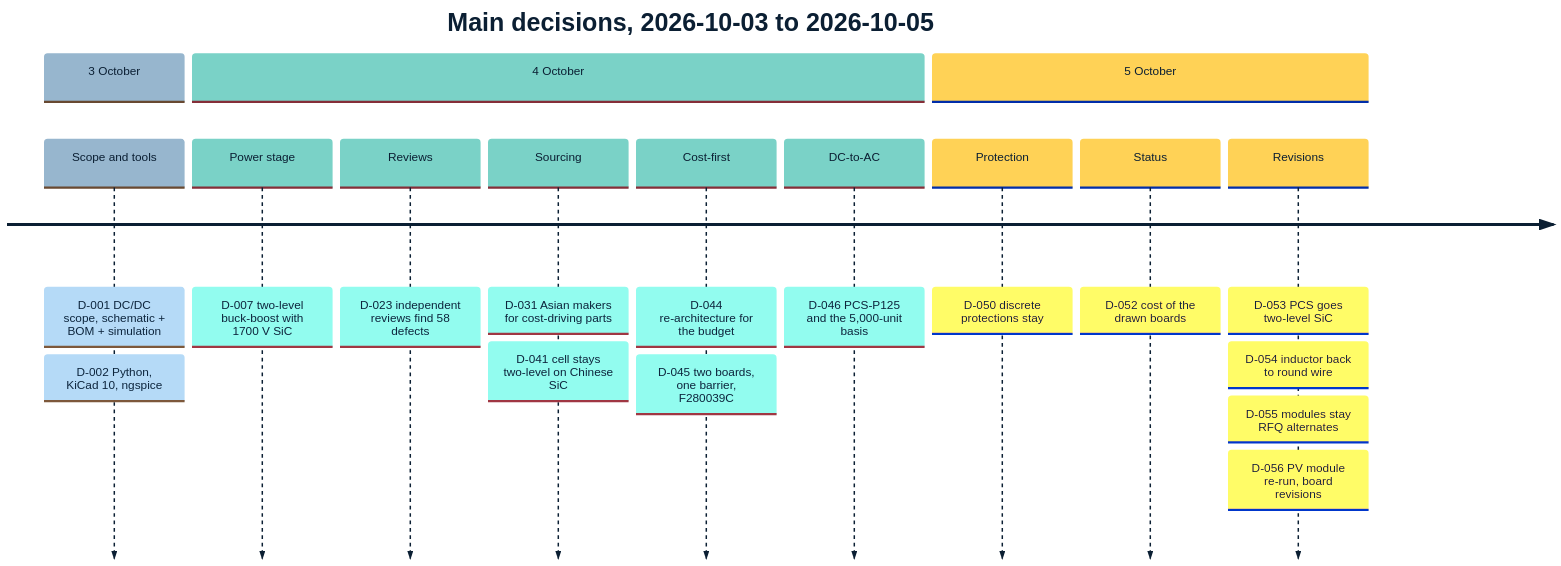
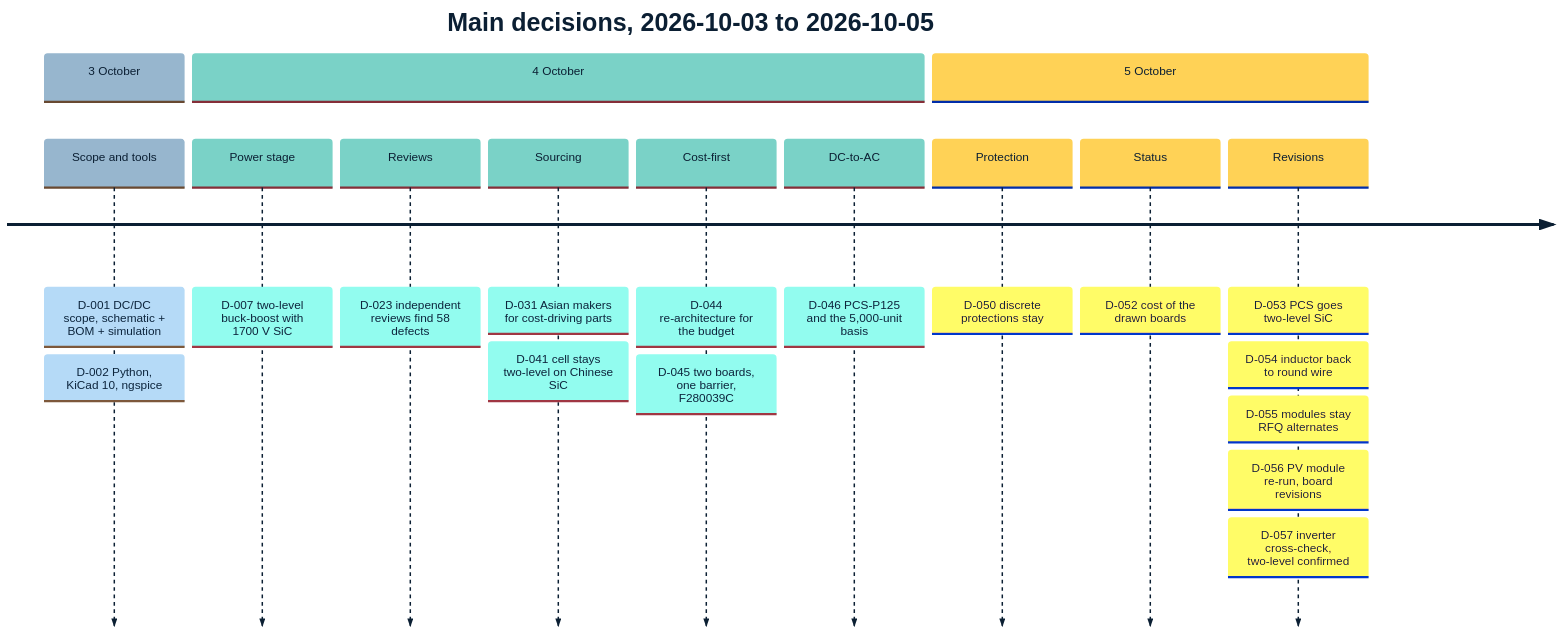
Before and after one commit to vectivolt/PCM: the second of 2 diagrams in docs/guide/01-overview.md, drawn with Mermaid. The commit also changed other lines of this file and 16 other files, not shown here.

First line of the commit message:
Cross-check the inverter topology against Wolfspeed's reference designs (D-057)

````diff
--- a/docs/guide/01-overview.md
+++ b/docs/guide/01-overview.md
@@ -83,17 +83,17 @@
 ```mermaid
 %%{init: {"theme": "base", "themeVariables": {"primaryColor": "#EEF3F7", "primaryBorderColor": "#0B1F33", "primaryTextColor": "#0B1F33", "lineColor": "#5B6B7A", "secondaryColor": "#D9F2EF", "tertiaryColor": "#FFF4D6", "fontFamily": "Inter, Helvetica, Arial, sans-serif"}}}%%
 timeline
     title Main decisions, 2026-10-03 to 2026-10-05
     section 3 October
         Scope and tools : D-001 DC/DC scope, schematic + BOM + simulation : D-002 Python, KiCad 10, ngspice
     section 4 October
         Power stage : D-007 two-level buck-boost with 1700 V SiC
         Reviews : D-023 independent reviews find 58 defects
         Sourcing : D-031 Asian makers for cost-driving parts : D-041 cell stays two-level on Chinese SiC
         Cost-first : D-044 re-architecture for the budget : D-045 two boards, one barrier, F280039C
         DC-to-AC : D-046 PCS-P125 and the 5,000-unit basis
     section 5 October
         Protection : D-050 discrete protections stay
         Status : D-052 cost of the drawn boards
-        Revisions : D-053 PCS goes two-level SiC : D-054 inductor back to round wire : D-055 modules stay RFQ alternates : D-056 PV module re-run, board revisions
+        Revisions : D-053 PCS goes two-level SiC : D-054 inductor back to round wire : D-055 modules stay RFQ alternates : D-056 PV module re-run, board revisions : D-057 inverter cross-check, two-level confirmed
 ```
````
